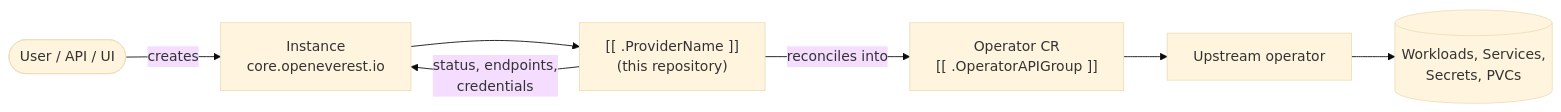
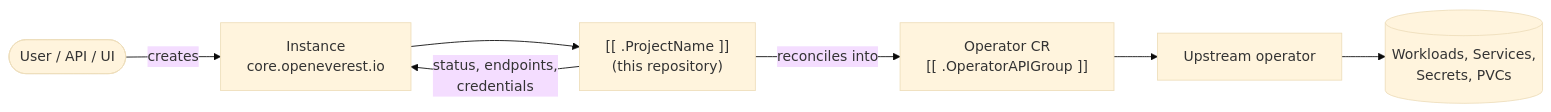
Before and after one commit to openeverest/provider-sdk: the diagram in internal/scaffold/_template/README.md, drawn with Mermaid (base theme). The commit also changed other lines of this file and 40 other files, not shown here.

````diff
--- a/internal/scaffold/_template/README.md
+++ b/internal/scaffold/_template/README.md
@@ -36,9 +36,9 @@
 ```mermaid
 flowchart LR
     U([User / API / UI]) -->|creates| I["Instance<br/>core.openeverest.io"]
-    I --> P["[[ .ProviderName ]]<br/>(this repository)"]
+    I --> P["[[ .ProjectName ]]<br/>(this repository)"]
     P -->|reconciles into| O["Operator CR<br/>[[ .OperatorAPIGroup ]]"]
     O --> W["Upstream operator"]
     W --> R[("Workloads, Services,<br/>Secrets, PVCs")]
     P -->|status, endpoints,<br/>credentials| I
 ```
````
